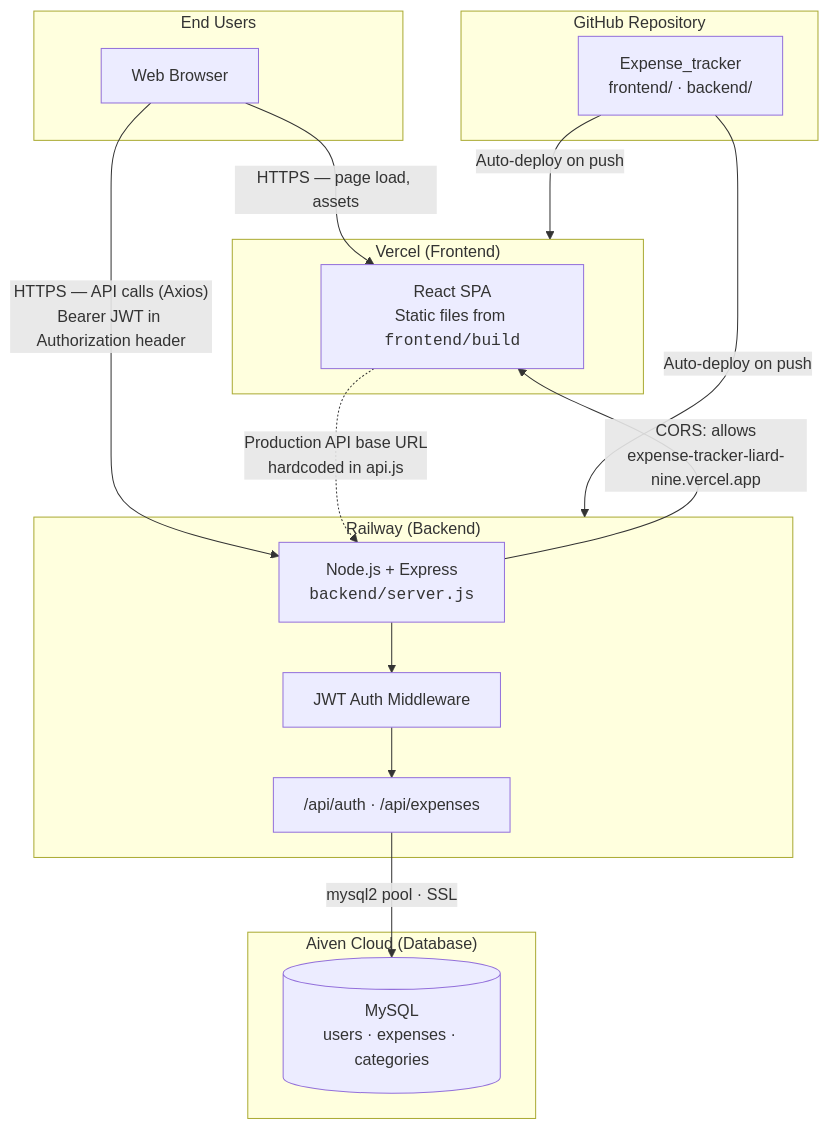
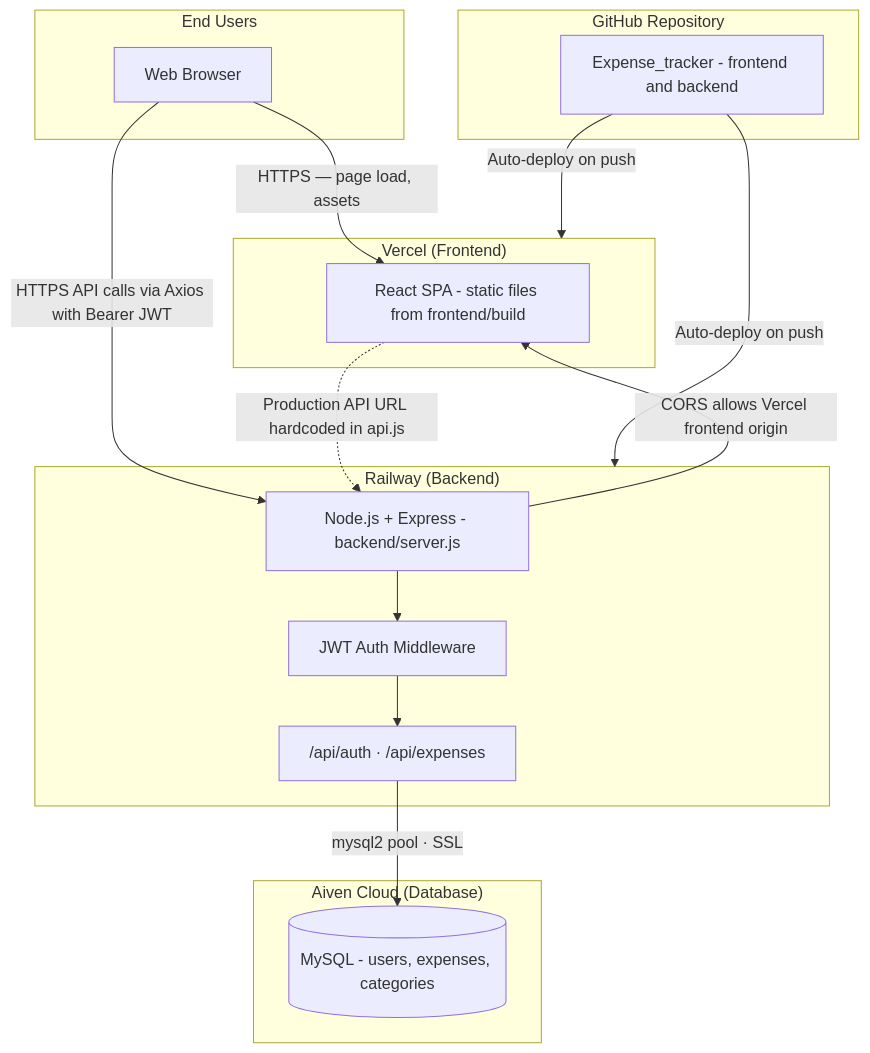
The first of 4 diagrams in docs/deployment/architecture.md (ShamindaKanchana/Expense_tracker), drawn with Mermaid before and after one commit. The commit also changed other lines of this file, not shown here.

Commit message:
Fix Mermaid diagrams for GitHub rendering
Remove HTML entities, br tags, and special characters from sequence
diagram labels that caused GitHub's Mermaid parser to fail.

````diff
--- a/docs/deployment/architecture.md
+++ b/docs/deployment/architecture.md
@@ -27,37 +27,37 @@
 ```mermaid
 flowchart TB
     subgraph Users["End Users"]
         Browser["Web Browser"]
     end
 
     subgraph Vercel["Vercel (Frontend)"]
-        SPA["React SPA<br/>Static files from <code>frontend/build</code>"]
+        SPA["React SPA - static files from frontend/build"]
     end
 
     subgraph Railway["Railway (Backend)"]
-        API["Node.js + Express<br/><code>backend/server.js</code>"]
+        API["Node.js + Express - backend/server.js"]
         AuthMW["JWT Auth Middleware"]
         Routes["/api/auth · /api/expenses"]
     end
 
     subgraph Aiven["Aiven Cloud (Database)"]
-        MySQL[("MySQL<br/>users · expenses · categories")]
+        MySQL[("MySQL - users, expenses, categories")]
     end
 
     subgraph GitHub["GitHub Repository"]
-        Repo["Expense_tracker<br/>frontend/ · backend/"]
+        Repo["Expense_tracker - frontend and backend"]
     end
 
     Browser -->|"HTTPS — page load, assets"| SPA
-    Browser -->|"HTTPS — API calls (Axios)<br/>Bearer JWT in Authorization header"| API
+    Browser -->|"HTTPS API calls via Axios with Bearer JWT"| API
 
-    SPA -.->|"Production API base URL<br/>hardcoded in api.js"| API
+    SPA -.->|"Production API URL hardcoded in api.js"| API
 
     API --> AuthMW --> Routes
     Routes -->|"mysql2 pool · SSL"| MySQL
 
     Repo -->|"Auto-deploy on push"| Vercel
     Repo -->|"Auto-deploy on push"| Railway
 
-    API -->|"CORS: allows<br/>expense-tracker-liard-nine.vercel.app"| SPA
+    API -->|"CORS allows Vercel frontend origin"| SPA
 ```
````
